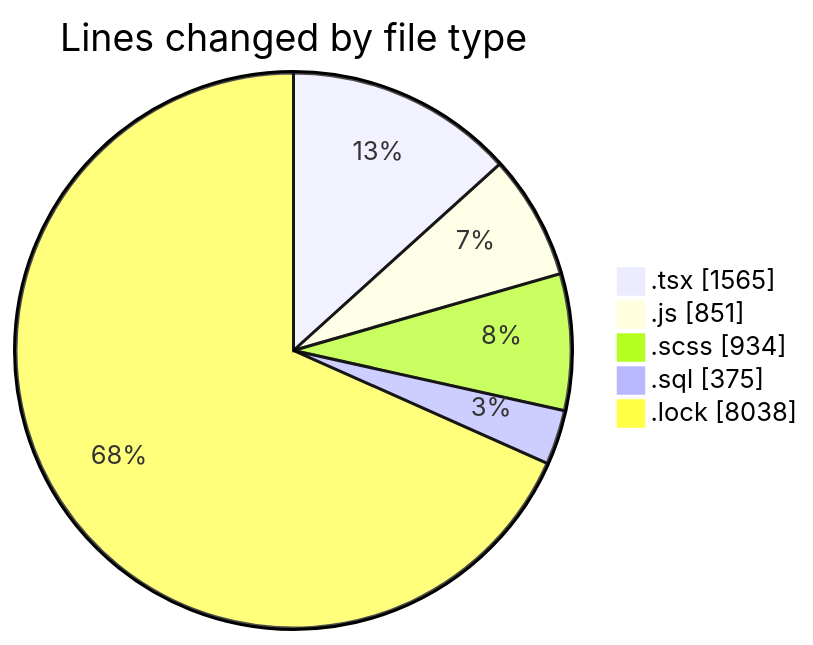
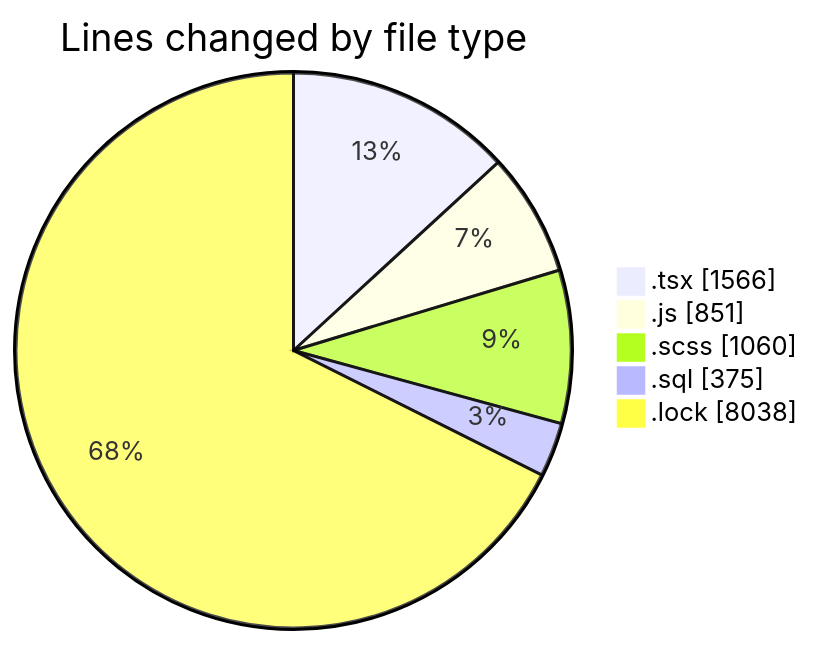
Before and after one commit to momahboobian/code-tracking: the first of 2 diagrams in 2025-03-18/cda/README.md, drawn with Mermaid. The commit also changed other lines of this file and 1 other file, not shown here.

````diff
--- a/2025-03-18/cda/README.md
+++ b/2025-03-18/cda/README.md
@@ -32,9 +32,9 @@
 ```mermaid
 pie showData
 title Lines changed by file type
-".tsx" : 1565
+".tsx" : 1566
 ".js" : 851
-".scss" : 934
+".scss" : 1060
 ".sql" : 375
 ".lock" : 8038
 ```
````
